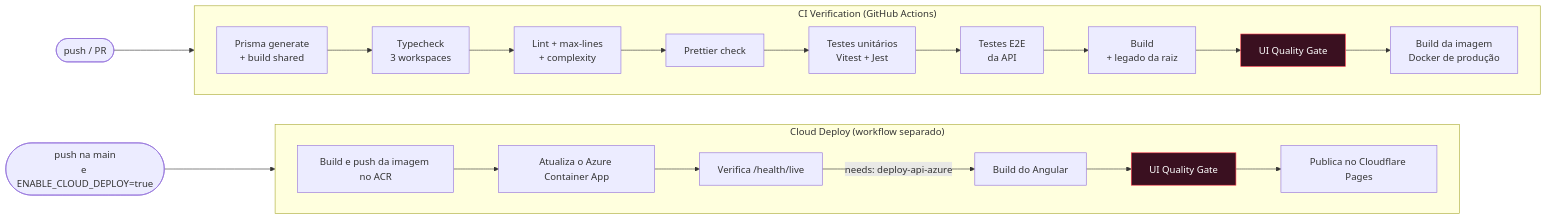
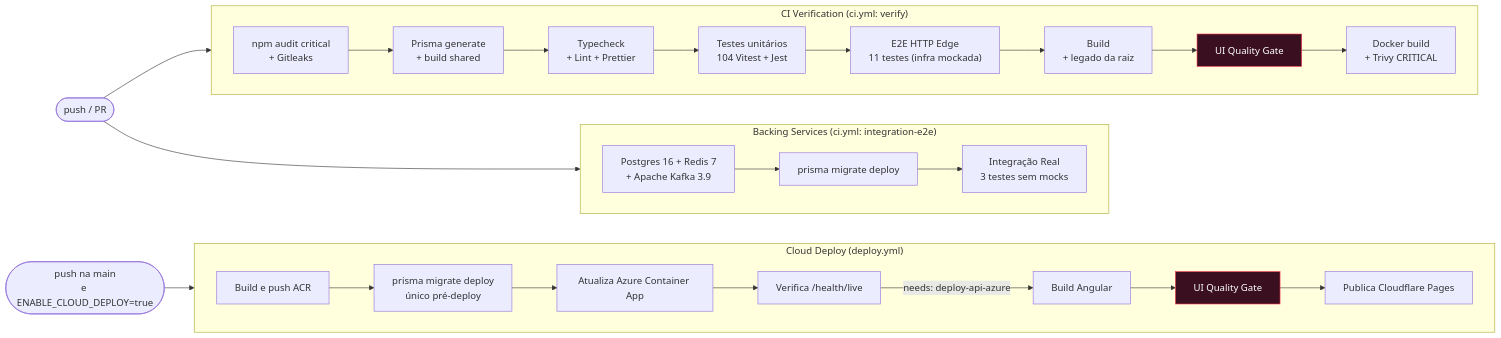
The eighth of 12 diagrams in README.md (Digooow/pokedex-frontend), drawn with Mermaid before and after one commit. The commit also changed other lines of this file and 33 other files, not shown here.

````diff
--- a/README.md
+++ b/README.md
@@ -471,27 +471,31 @@
 ```mermaid
 flowchart LR
   push(["push / PR"]) --> v
+  push --> integ
 
-  subgraph v["CI Verification (GitHub Actions)"]
+  subgraph v["CI Verification (ci.yml: verify)"]
     direction LR
-    s1["Prisma generate<br/>+ build shared"] --> s2["Typecheck<br/>3 workspaces"]
-    s2 --> s3["Lint + max-lines<br/>+ complexity"]
-    s3 --> s3b["Prettier check"]
-    s3b --> s4["Testes unitários<br/>Vitest + Jest"]
-    s4 --> s5["Testes E2E<br/>da API"]
+    s0["npm audit critical<br/>+ Gitleaks"] --> s1["Prisma generate<br/>+ build shared"] --> s2["Typecheck<br/>+ Lint + Prettier"]
+    s2 --> s4["Testes unitários<br/>104 Vitest + Jest"]
+    s4 --> s5["E2E HTTP Edge<br/>11 testes (infra mockada)"]
     s5 --> s6["Build<br/>+ legado da raiz"]
     s6 --> s7["UI Quality Gate"]
-    s7 --> s8["Build da imagem<br/>Docker de produção"]
+    s7 --> s8["Docker build<br/>+ Trivy CRITICAL"]
+  end
+
+  subgraph integ["Backing Services (ci.yml: integration-e2e)"]
+    direction LR
+    i1["Postgres 16 + Redis 7<br/>+ Apache Kafka 3.9"] --> i2["prisma migrate deploy"] --> i3["Integração Real<br/>3 testes sem mocks"]
   end
 
   push2(["push na main<br/>e ENABLE_CLOUD_DEPLOY=true"]) --> d
 
-  subgraph d["Cloud Deploy (workflow separado)"]
+  subgraph d["Cloud Deploy (deploy.yml)"]
     direction LR
-    a1["Build e push da imagem no ACR"] --> a2["Atualiza o Azure Container App"] --> a3["Verifica /health/live"]
-    a3 -->|"needs: deploy-api-azure"| b1["Build do Angular"] --> b2["UI Quality Gate"] --> b3["Publica no Cloudflare Pages"]
+    a1["Build e push ACR"] --> a1b["prisma migrate deploy<br/>único pré-deploy"] --> a2["Atualiza Azure Container App"] --> a3["Verifica /health/live"]
+    a3 -->|"needs: deploy-api-azure"| b1["Build Angular"] --> b2["UI Quality Gate"] --> b3["Publica Cloudflare Pages"]
   end
 
   classDef gate fill:#3a1020,stroke:#ff3b4e,color:#fff
   class s7,b2 gate
 ```
````
